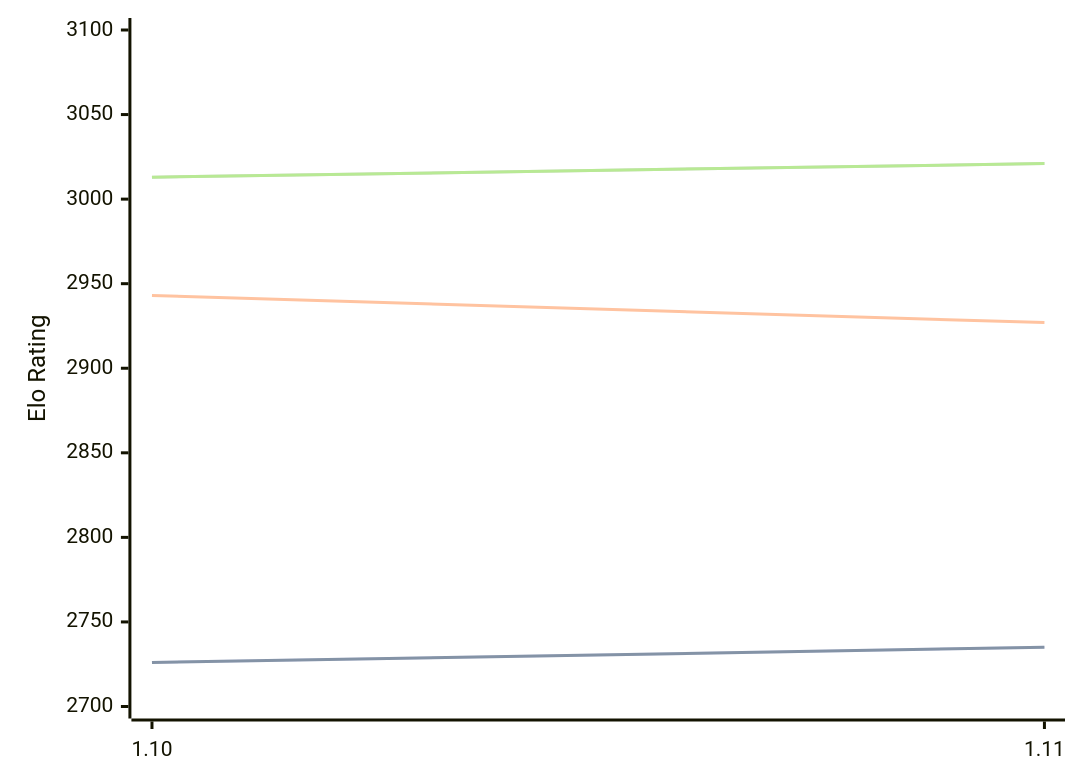
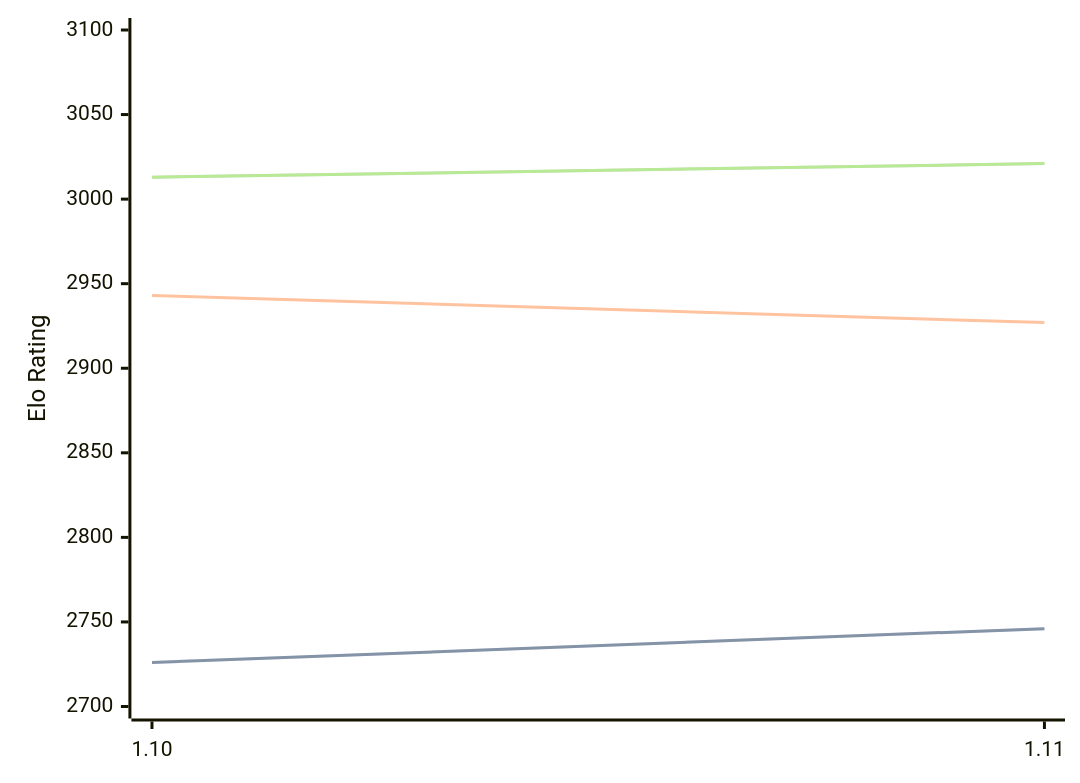
The third of 3 diagrams in engines/Roc.md (computer-chess-index/cci), drawn with Mermaid before and after one commit. The commit also changed other lines of this file, not shown here.

````diff
--- a/engines/Roc.md
+++ b/engines/Roc.md
@@ -98,11 +98,11 @@
 ```mermaid
 %%{init: {"theme":"base","themeVariables":{"seriesColors:['#a3a3a3','#222221','#faa371']}}}%%
 xychart-beta
   x-axis ["1.10", "1.11"]
   y-axis "Elo Rating" 2700 --> 3100
-  line "STC (8.0+0.08s)" [2726, 2735]
-  line "STC (8.0+0.08s)" [2726, 2735]
+  line "STC (8.0+0.08s)" [2726, 2746]
+  line "STC (8.0+0.08s)" [2726, 2746]
   line "LTC (60.0+0.60s)" [2943, 2927]
   line "VLTC (2m24s+1.12s)" [3013, 3021]
   line "VLTC (2m24s+1.12s)" [3013, 3021]
 ```
````
